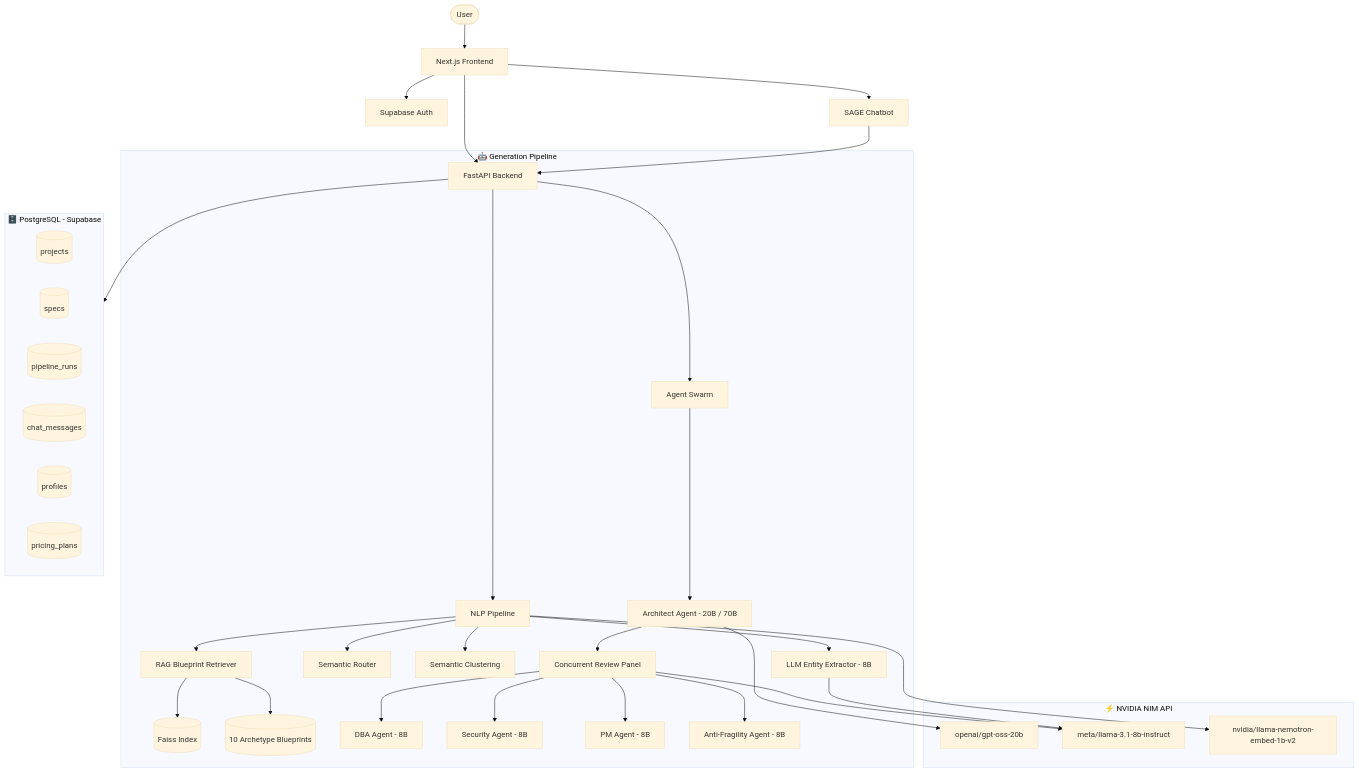
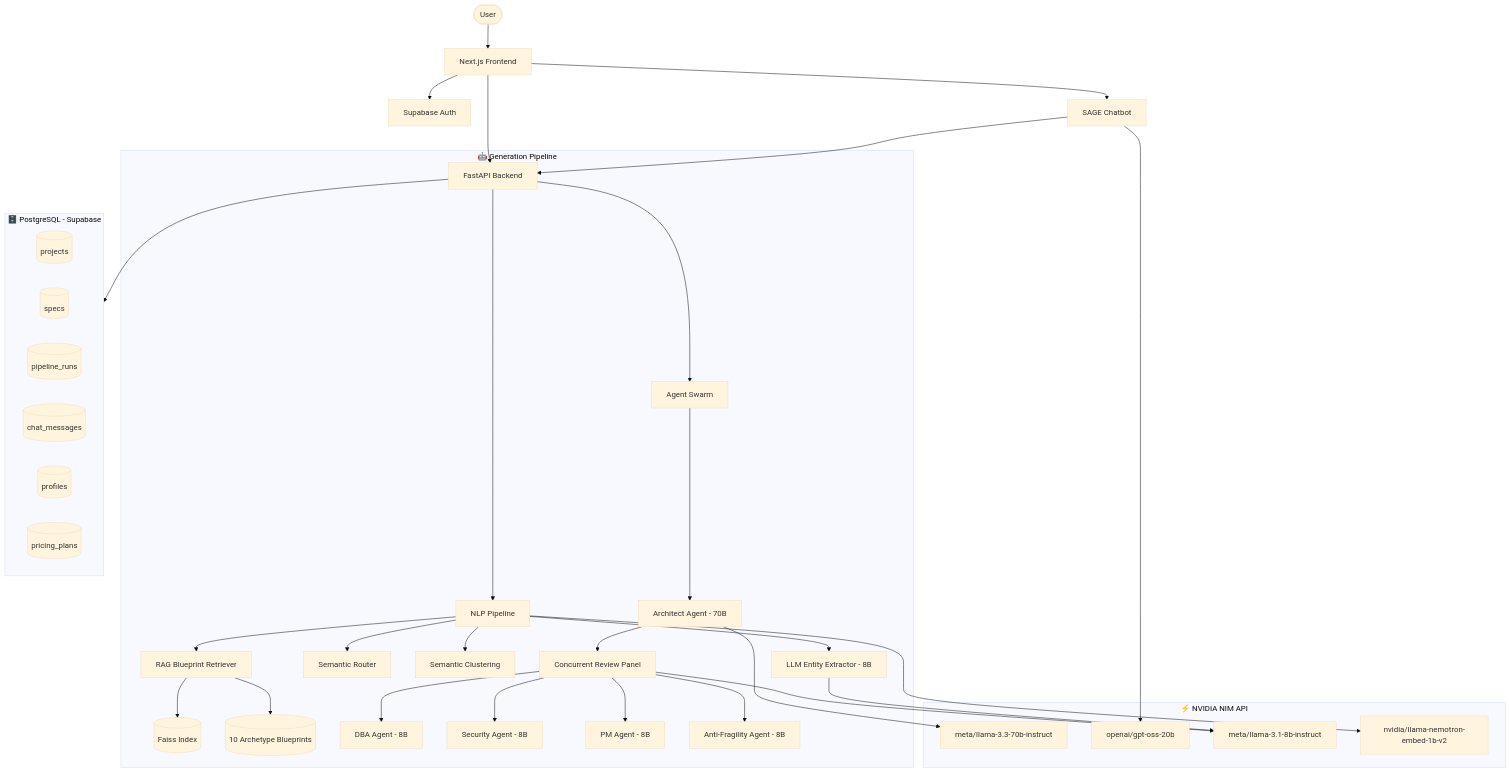
The diagram in README.md (Kushal-Raj-G-S/Baxel-Spec-to-Backend-Architect), drawn with Mermaid (base theme) before and after one commit. The commit also changed other lines of this file, not shown here.

````diff
--- a/README.md
+++ b/README.md
@@ -116,49 +118,51 @@
 ```mermaid
 graph TD
     User([User]) --> FE[Next.js Frontend]
 
     FE --> Auth[Supabase Auth]
     FE --> API[FastAPI Backend]
 
     subgraph Pipeline["🤖 Generation Pipeline"]
         API --> NLP[NLP Pipeline]
         NLP --> EntityExtractor[LLM Entity Extractor - 8B]
         NLP --> SemanticRouter[Semantic Router]
         NLP --> Clustering[Semantic Clustering]
         NLP --> RAG[RAG Blueprint Retriever]
         RAG --> Faiss[(Faiss Index)]
         RAG --> Blueprints[(10 Archetype Blueprints)]
 
         API --> Swarm[Agent Swarm]
-        Swarm --> Architect[Architect Agent - 20B / 70B]
+        Swarm --> Architect[Architect Agent - 70B]
         Architect --> Reviews[Concurrent Review Panel]
         Reviews --> DBA[DBA Agent - 8B]
         Reviews --> Security[Security Agent - 8B]
         Reviews --> PM[PM Agent - 8B]
         Reviews --> AntiFragility[Anti-Fragility Agent - 8B]
     end
 
     subgraph Storage["🗄️ PostgreSQL - Supabase"]
         DB[(projects)]
         DB2[(specs)]
         DB3[(pipeline_runs)]
         DB4[(chat_messages)]
         DB5[(profiles)]
         DB6[(pricing_plans)]
     end
 
     API --> Storage
     FE --> SAGE[SAGE Chatbot]
     SAGE --> API
 
     subgraph LLM["⚡ NVIDIA NIM API"]
+        Model70B[meta/llama-3.3-70b-instruct]
         Model20B[openai/gpt-oss-20b]
         Model8B[meta/llama-3.1-8b-instruct]
         EmbedModel[nvidia/llama-nemotron-embed-1b-v2]
     end
 
-    Architect --> Model20B
+    Architect --> Model70B
     Reviews --> Model8B
     EntityExtractor --> Model8B
     NLP --> EmbedModel
+    SAGE --> Model20B
 ```
````
